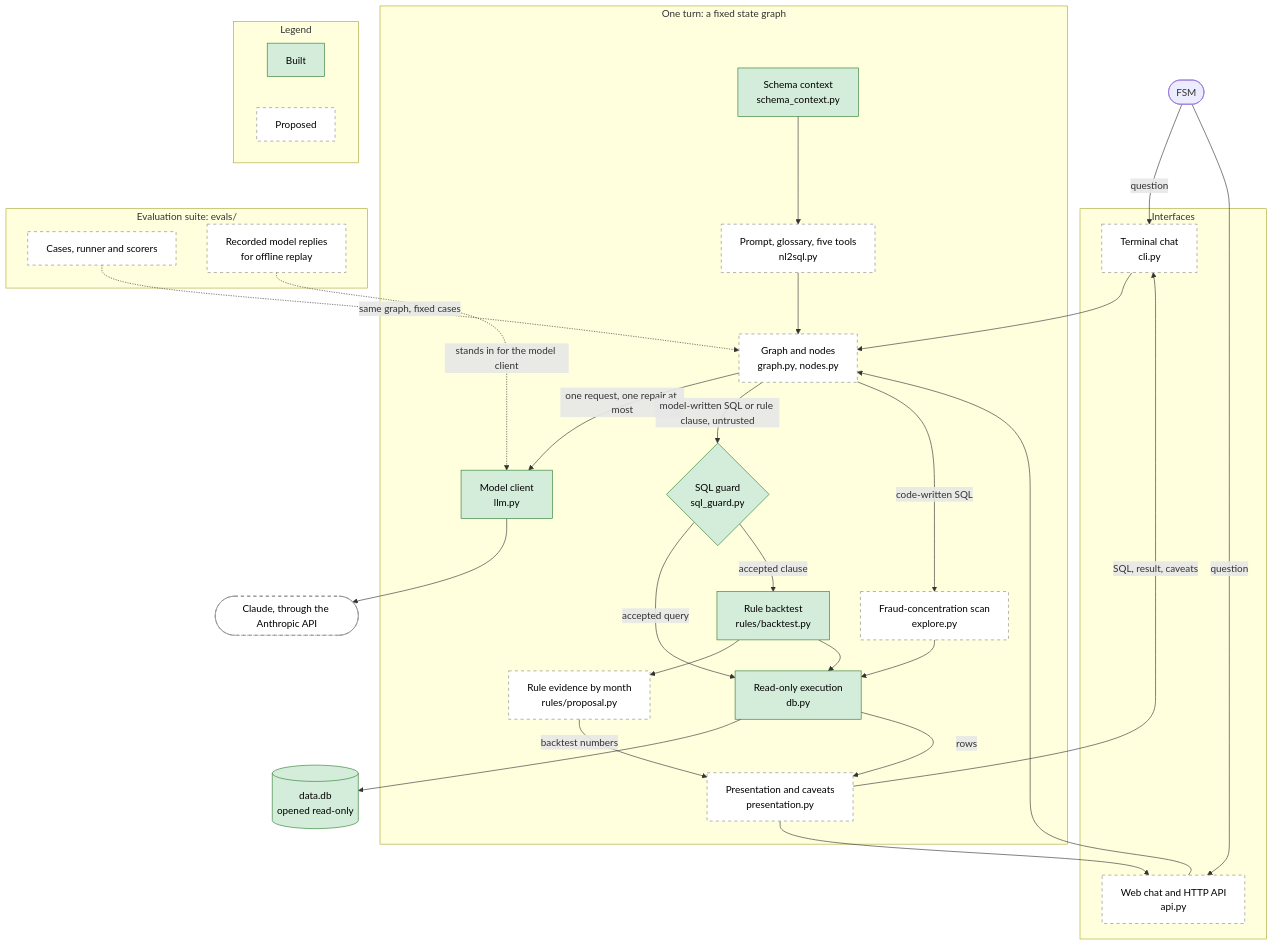
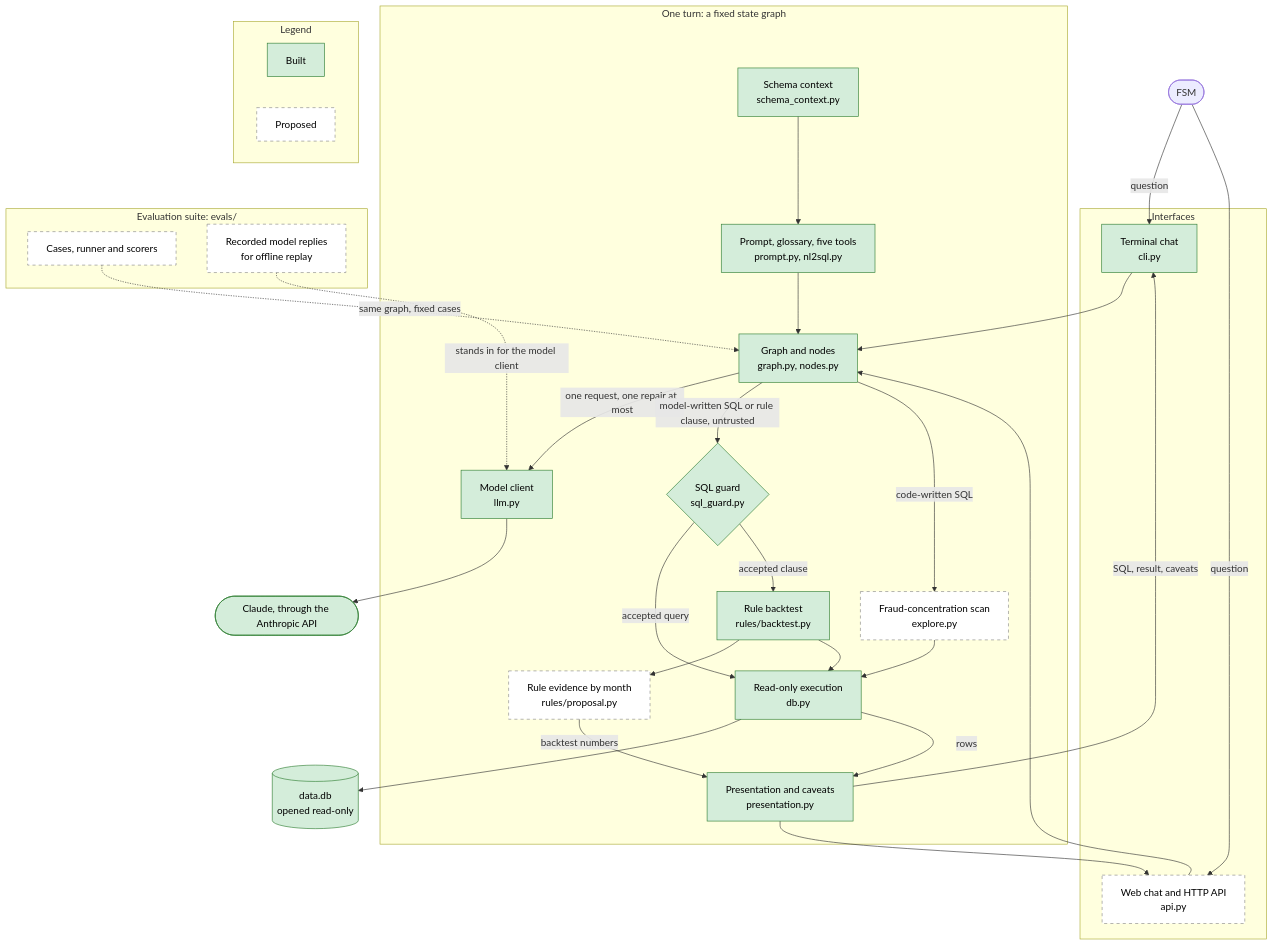
One commit to eliandrog/fsm-assistant-challenge changed the first of 2 diagrams in docs/ARCHITECTURE.md. Above: the diagram before and after it, drawn with Mermaid. The commit also changed other lines of this file and 24 other files, not shown here.

Commit message:
Add the question-to-SQL graph and terminal chat

````diff
--- a/docs/ARCHITECTURE.md
+++ b/docs/ARCHITECTURE.md
@@ -37,63 +37,63 @@
 ```mermaid
 flowchart TD
     FSM(["FSM"])
 
     subgraph IF["Interfaces"]
         CLI["Terminal chat<br/>cli.py"]
         WEB["Web chat and HTTP API<br/>api.py"]
     end
 
     subgraph TURN["One turn: a fixed state graph"]
         GRAPH["Graph and nodes<br/>graph.py, nodes.py"]
-        PROMPT["Prompt, glossary, five tools<br/>nl2sql.py"]
+        PROMPT["Prompt, glossary, five tools<br/>prompt.py, nl2sql.py"]
         SCHEMA["Schema context<br/>schema_context.py"]
         MODEL["Model client<br/>llm.py"]
         GUARD{"SQL guard<br/>sql_guard.py"}
         EXEC["Read-only execution<br/>db.py"]
         BT["Rule backtest<br/>rules/backtest.py"]
         PROP["Rule evidence by month<br/>rules/proposal.py"]
         SCAN["Fraud-concentration scan<br/>explore.py"]
         PRES["Presentation and caveats<br/>presentation.py"]
     end
 
     CLAUDE(["Claude, through the Anthropic API"])
     DB[("data.db<br/>opened read-only")]
 
     subgraph EV["Evaluation suite: evals/"]
         CASES["Cases, runner and scorers"]
         REC["Recorded model replies<br/>for offline replay"]
     end
 
     FSM -->|"question"| CLI
     FSM -->|"question"| WEB
     CLI --> GRAPH
     WEB --> GRAPH
     SCHEMA --> PROMPT
     PROMPT --> GRAPH
     GRAPH -->|"one request, one repair at most"| MODEL
     MODEL --> CLAUDE
     GRAPH -->|"model-written SQL or rule clause, untrusted"| GUARD
     GUARD -->|"accepted query"| EXEC
     GUARD -->|"accepted clause"| BT
     BT --> PROP
     BT --> EXEC
     GRAPH -->|"code-written SQL"| SCAN
     SCAN --> EXEC
     EXEC --> DB
     EXEC -->|"rows"| PRES
     PROP -->|"backtest numbers"| PRES
     PRES -->|"SQL, result, caveats"| CLI
     PRES --> WEB
     CASES -.->|"same graph, fixed cases"| GRAPH
     REC -.->|"stands in for the model client"| MODEL
 
     subgraph LEGEND["Legend"]
         L1["Built"]
         L2["Proposed"]
     end
 
     classDef built fill:#d4edda,stroke:#2e7d32,color:#000
     classDef proposed fill:#ffffff,stroke:#888888,stroke-dasharray: 5 5,color:#000
-    class SCHEMA,EXEC,BT,GUARD,DB,MODEL,L1 built
-    class CLI,WEB,GRAPH,PROMPT,PROP,SCAN,PRES,CASES,REC,CLAUDE,L2 proposed
+    class CLI,GRAPH,PROMPT,PRES,SCHEMA,EXEC,BT,GUARD,DB,MODEL,CLAUDE,L1 built
+    class WEB,PROP,SCAN,CASES,REC,L2 proposed
 ```
````
